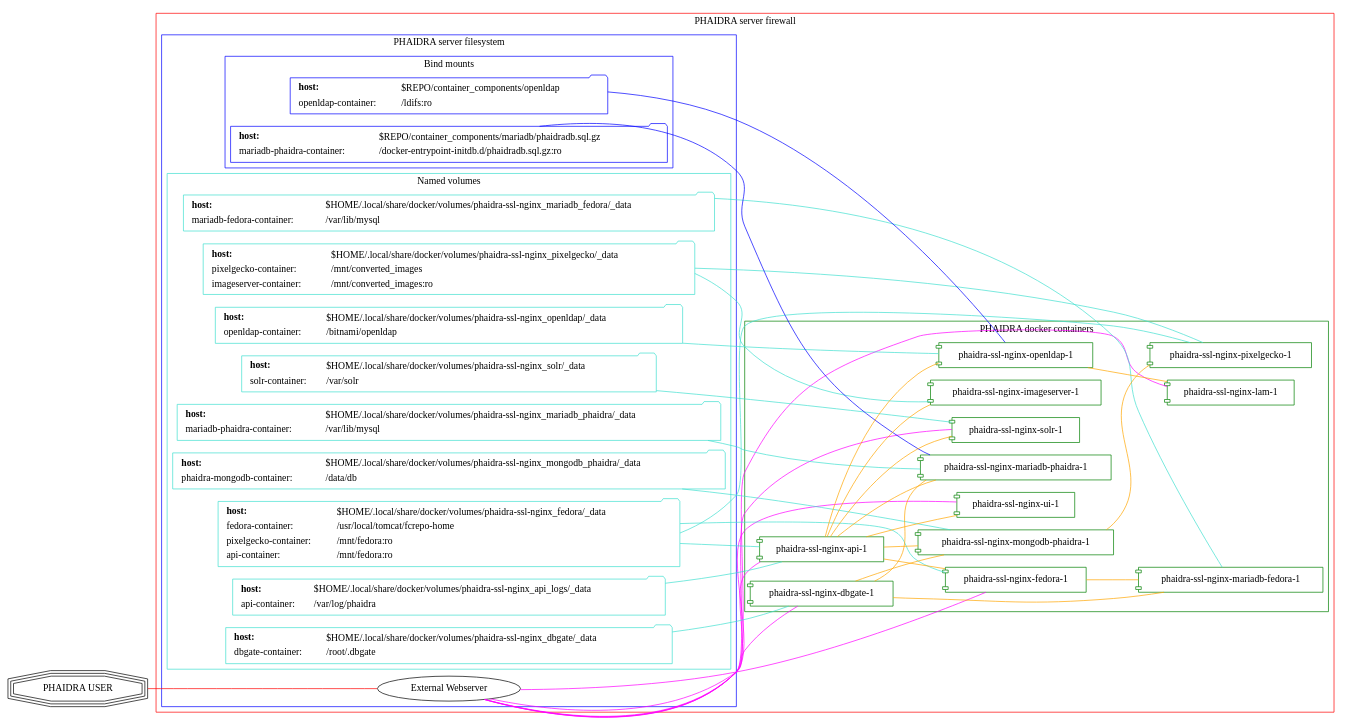
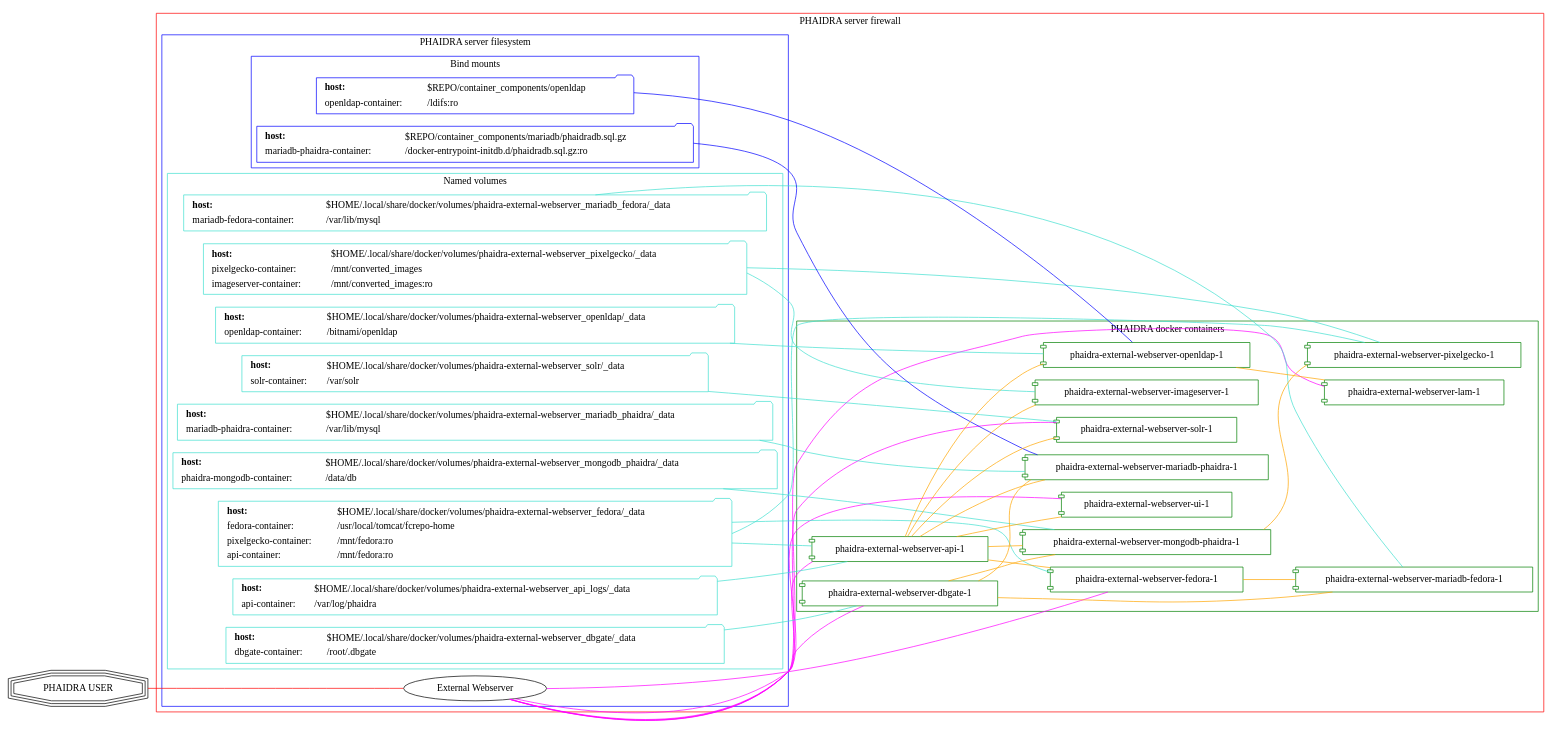
Before and after one commit to phaidra/phaidra: the fourth of 4 diagrams in README.org, drawn with Graphviz. The commit also changed 1 other file, not shown here.

Commit message:
fix README.md to reflect changes on graphics.

```diff
--- a/README.org
+++ b/README.org
@@ -845,7 +845,7 @@
                                                 <table border="0">
                                                 <tr>
                                                 <td align="text"><b>host:</b><br align="left" /></td>
-                                                <td align="text">$HOME/.local/share/docker/volumes/phaidra-ssl-nginx_fedora/_data<br align="left" /></td>
+                                                <td align="text">$HOME/.local/share/docker/volumes/phaidra-external-webserver_fedora/_data<br align="left" /></td>
                                                 </tr>
                                                 <tr>
                                                 <td align="text">fedora-container:<br align="left" /></td>
@@ -865,7 +865,7 @@
                                                   <table border="0">
                                                   <tr>
                                                   <td align="text"><b>host:</b><br align="left" /></td>
-                                                  <td align="text">$HOME/.local/share/docker/volumes/phaidra-ssl-nginx_api_logs/_data<br align="left" /></td>
+                                                  <td align="text">$HOME/.local/share/docker/volumes/phaidra-external-webserver_api_logs/_data<br align="left" /></td>
                                                   </tr>
                                                   <tr>
                                                   <td align="text">api-container:<br align="left" /></td>
@@ -877,7 +877,7 @@
                                                          <table border="0">
                                                          <tr>
                                                          <td align="text"><b>host:</b><br align="left" /></td>
-                                                         <td align="text">$HOME/.local/share/docker/volumes/phaidra-ssl-nginx_mariadb_phaidra/_data<br align="left" /></td>
+                                                         <td align="text">$HOME/.local/share/docker/volumes/phaidra-external-webserver_mariadb_phaidra/_data<br align="left" /></td>
                                                          </tr>
                                                          <tr>
                                                          <td align="text">mariadb-phaidra-container:<br align="left" /></td>
@@ -889,7 +889,7 @@
                                                          <table border="0">
                                                          <tr>
                                                          <td align="text"><b>host:</b><br align="left" /></td>
-                                                         <td align="text">$HOME/.local/share/docker/volumes/phaidra-ssl-nginx_mongodb_phaidra/_data<br align="left" /></td>
+                                                         <td align="text">$HOME/.local/share/docker/volumes/phaidra-external-webserver_mongodb_phaidra/_data<br align="left" /></td>
                                                          </tr>
                                                          <tr>
                                                          <td align="text">phaidra-mongodb-container:<br align="left" /></td>
@@ -900,7 +900,7 @@
                                                   <table border="0">
                                                   <tr>
                                                   <td align="text"><b>host:</b><br align="left" /></td>
-                                                  <td align="text">$HOME/.local/share/docker/volumes/phaidra-ssl-nginx_openldap/_data<br align="left" /></td>
+                                                  <td align="text">$HOME/.local/share/docker/volumes/phaidra-external-webserver_openldap/_data<br align="left" /></td>
                                                   </tr>
                                                   <tr>
                                                   <td align="text">openldap-container:<br align="left" /></td>
@@ -912,7 +912,7 @@
                                               <table border="0">
                                               <tr>
                                               <td align="text"><b>host:</b><br align="left" /></td>
-                                              <td align="text">$HOME/.local/share/docker/volumes/phaidra-ssl-nginx_solr/_data<br align="left" /></td>
+                                              <td align="text">$HOME/.local/share/docker/volumes/phaidra-external-webserver_solr/_data<br align="left" /></td>
                                               </tr>
                                               <tr>
                                               <td align="text">solr-container:<br align="left" /></td>
@@ -924,7 +924,7 @@
                                                     <table border="0">
                                                     <tr>
                                                     <td align="text"><b>host:</b><br align="left" /></td>
-                                                    <td align="text">$HOME/.local/share/docker/volumes/phaidra-ssl-nginx_pixelgecko/_data<br align="left" /></td>
+                                                    <td align="text">$HOME/.local/share/docker/volumes/phaidra-external-webserver_pixelgecko/_data<br align="left" /></td>
                                                     </tr>
                                                     <tr>
                                                     <td align="text">pixelgecko-container:<br align="left" /></td>
@@ -940,7 +940,7 @@
                                                 <table border="0">
                                                 <tr>
                                                 <td align="text"><b>host:</b><br align="left" /></td>
-                                                <td align="text">$HOME/.local/share/docker/volumes/phaidra-ssl-nginx_dbgate/_data<br align="left" /></td>
+                                                <td align="text">$HOME/.local/share/docker/volumes/phaidra-external-webserver_dbgate/_data<br align="left" /></td>
                                                 </tr>
                                                 <tr>
                                                 <td align="text">dbgate-container:<br align="left" /></td>
@@ -952,7 +952,7 @@
                                                         <table border="0">
                                                         <tr>
                                                         <td align="text"><b>host:</b><br align="left" /></td>
-                                                        <td align="text">$HOME/.local/share/docker/volumes/phaidra-ssl-nginx_mariadb_fedora/_data<br align="left" /></td>
+                                                        <td align="text">$HOME/.local/share/docker/volumes/phaidra-external-webserver_mariadb_fedora/_data<br align="left" /></td>
                                                         </tr>
                                                         <tr>
                                                         <td align="text">mariadb-fedora-container:<br align="left" /></td>
@@ -995,26 +995,26 @@
                                                                           label="PHAIDRA docker containers";
                                                                           color = green;
                                                                           node [shape = component, style = solid, color = green]
-                                                                          C_FEDORA [label="phaidra-ssl-nginx-fedora-1",
+                                                                          C_FEDORA [label="phaidra-external-webserver-fedora-1",
                                                                                     URL="https://fedora.lyrasis.org/"];
-                                                                          C_API [label="phaidra-ssl-nginx-api-1",
+                                                                          C_API [label="phaidra-external-webserver-api-1",
                                                                                  URL="https://github.com/phaidra/phaidra-api"];
-                                                                          C_MARIADB_PHAIDRA [label="phaidra-ssl-nginx-mariadb-phaidra-1",
+                                                                          C_MARIADB_PHAIDRA [label="phaidra-external-webserver-mariadb-phaidra-1",
                                                                                              URL="https://mariadb.org/"];
-                                                                          C_MONGODB_PHAIDRA [label="phaidra-ssl-nginx-mongodb-phaidra-1",
+                                                                          C_MONGODB_PHAIDRA [label="phaidra-external-webserver-mongodb-phaidra-1",
                                                                                              URL="https://www.mongodb.com/"];
-                                                                          C_UI [label="phaidra-ssl-nginx-ui-1",
+                                                                          C_UI [label="phaidra-external-webserver-ui-1",
                                                                                 URL="https://github.com/phaidra/phaidra-ui"];
-                                                                          C_OPENLDAP [label="phaidra-ssl-nginx-openldap-1",
+                                                                          C_OPENLDAP [label="phaidra-external-webserver-openldap-1",
                                                                                       URL="https://www.openldap.org/"];
-                                                                          C_SOLR [label="phaidra-ssl-nginx-solr-1",
+                                                                          C_SOLR [label="phaidra-external-webserver-solr-1",
                                                                                   URL="https://solr.apache.org/"];
-                                                                          C_IMAGESERVER [label="phaidra-ssl-nginx-imageserver-1",
+                                                                          C_IMAGESERVER [label="phaidra-external-webserver-imageserver-1",
                                                                                          URL="https://github.com/ruven/iipsrv"];
-                                                                          C_PIXELGECKO [label="phaidra-ssl-nginx-pixelgecko-1"];
-                                                                          C_DBGATE [label="phaidra-ssl-nginx-dbgate-1"];
-                                                                          C_LAM [label="phaidra-ssl-nginx-lam-1"];
-                                                                          C_MARIADB_FEDORA [label="phaidra-ssl-nginx-mariadb-fedora-1",
+                                                                          C_PIXELGECKO [label="phaidra-external-webserver-pixelgecko-1"];
+                                                                          C_DBGATE [label="phaidra-external-webserver-dbgate-1"];
+                                                                          C_LAM [label="phaidra-external-webserver-lam-1"];
+                                                                          C_MARIADB_FEDORA [label="phaidra-external-webserver-mariadb-fedora-1",
                                                                                             URL="https://mariadb.org/"];
                                                                   }
                                                           }
```
